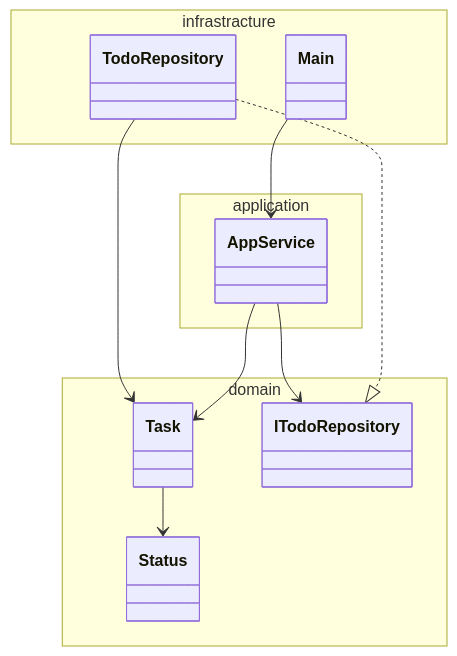
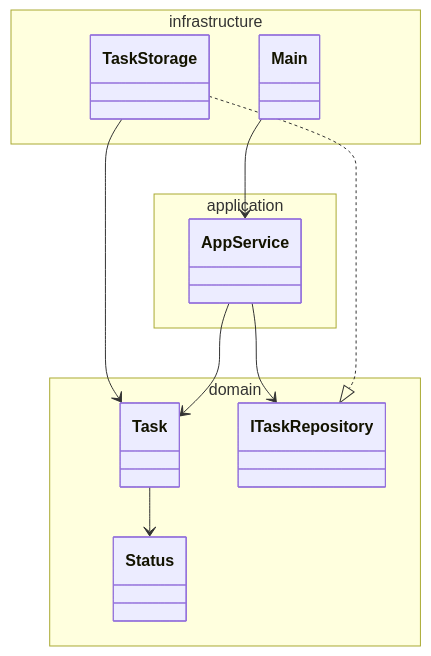
One commit to cyan515/dependency-inversion-principle-sample changed the second of 2 diagrams in README.md. Above: the diagram before and after it, drawn with Mermaid. The commit also changed other lines of this file, not shown here.

Commit message:
docs: fix class diagrams

````diff
--- a/README.md
+++ b/README.md
@@ -87,21 +87,21 @@
 ```mermaid
 classDiagram
-namespace infrastracture {
+namespace infrastructure {
   class Main
-  class TodoRepository
+  class TaskStorage
 }
 namespace application {
   class AppService
 }
 namespace domain {
   class Task
   class Status
-  class ITodoRepository
+  class ITaskRepository
 }
-TodoRepository ..|> ITodoRepository
+TaskStorage ..|> ITaskRepository
 AppService --> Task
-AppService --> ITodoRepository
+AppService --> ITaskRepository
 Main --> AppService
-TodoRepository --> Task
+TaskStorage --> Task
 Task --> Status
 ```
````
